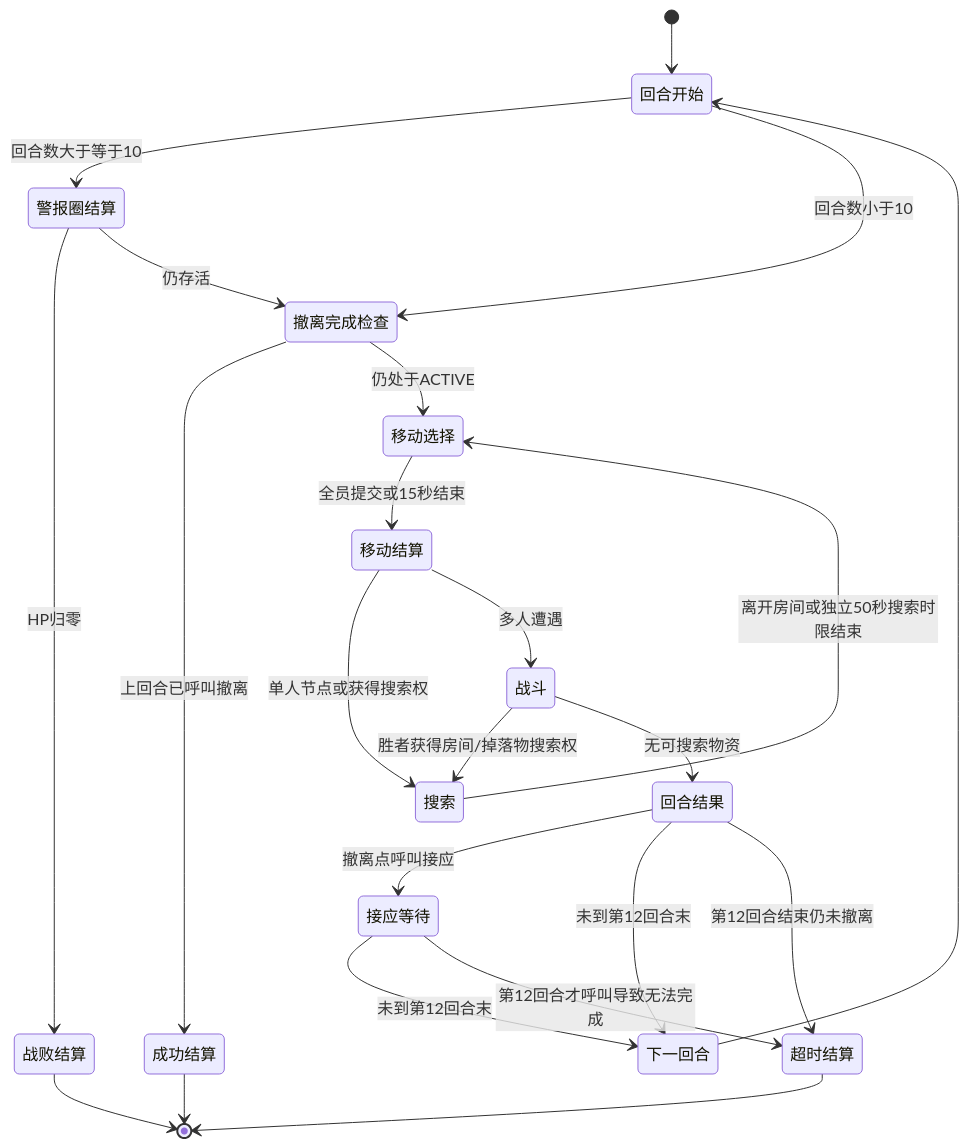
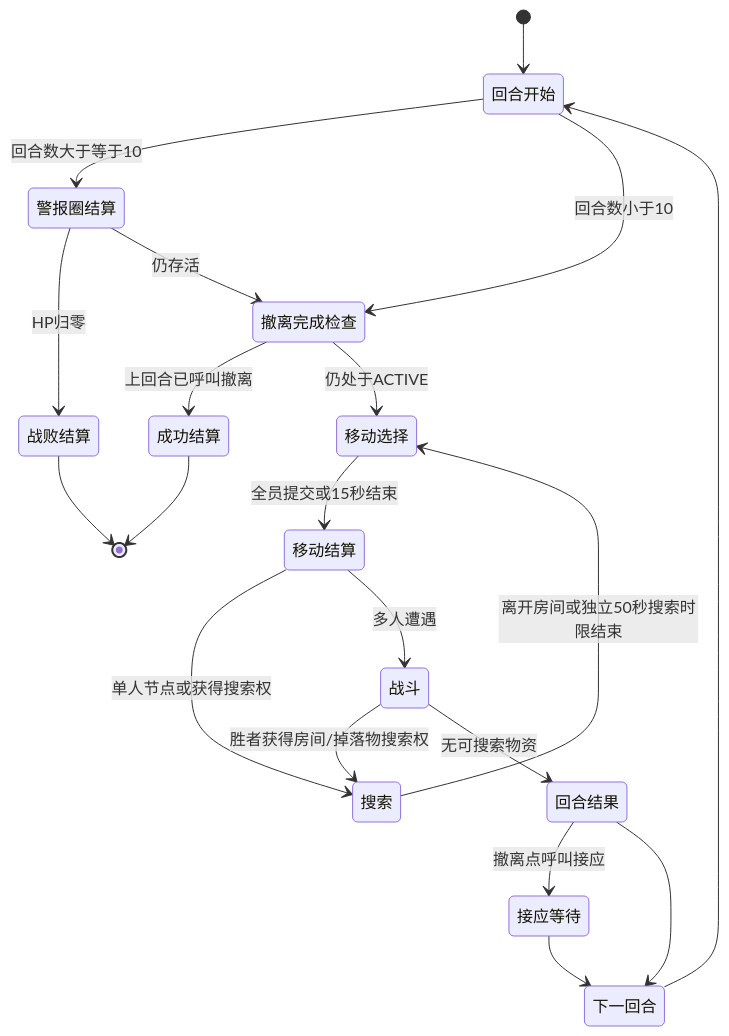
The fifth of 10 diagrams in docs/游戏产品流程图.md (Yeungsam/heisino-game), drawn with Mermaid before and after one commit. The commit also changed other lines of this file and 11 other files, not shown here.

````diff
--- a/docs/游戏产品流程图.md
+++ b/docs/游戏产品流程图.md
@@ -194,25 +192,22 @@
 ```mermaid
 stateDiagram-v2
     [*] --> 回合开始
     回合开始 --> 警报圈结算: 回合数大于等于10
     回合开始 --> 撤离完成检查: 回合数小于10
     警报圈结算 --> 战败结算: HP归零
     警报圈结算 --> 撤离完成检查: 仍存活
     撤离完成检查 --> 成功结算: 上回合已呼叫撤离
     撤离完成检查 --> 移动选择: 仍处于ACTIVE
     移动选择 --> 移动结算: 全员提交或15秒结束
     移动结算 --> 搜索: 单人节点或获得搜索权
     移动结算 --> 战斗: 多人遭遇
     战斗 --> 搜索: 胜者获得房间/掉落物搜索权
     战斗 --> 回合结果: 无可搜索物资
     搜索 --> 移动选择: 离开房间或独立50秒搜索时限结束
     回合结果 --> 接应等待: 撤离点呼叫接应
-    回合结果 --> 下一回合: 未到第12回合末
-    接应等待 --> 下一回合: 未到第12回合末
+    回合结果 --> 下一回合
+    接应等待 --> 下一回合
     下一回合 --> 回合开始
-    回合结果 --> 超时结算: 第12回合结束仍未撤离
-    接应等待 --> 超时结算: 第12回合才呼叫导致无法完成
     战败结算 --> [*]
     成功结算 --> [*]
-    超时结算 --> [*]
 ```
````
